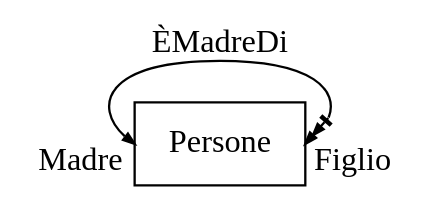
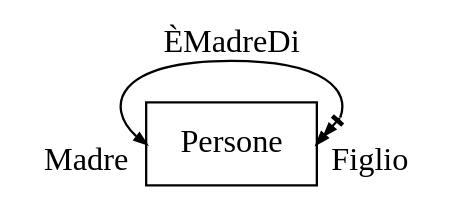
Before and after one commit to alek3y/cs: the seventh of 17 diagrams in src/ct0006-1/01/README.md, drawn with Graphviz. The commit also changed other lines of this file and 12 other files, not shown here.

Commit message:
Fix graphviz point width bug

````diff
--- a/src/ct0006-1/01/README.md
+++ b/src/ct0006-1/01/README.md
@@ -104,15 +104,15 @@
 ```dot process
 digraph {
 	rankdir=LR
 	node [shape=box]
 	edge [arrowsize=0.5 dir=both]
 
 	Persone:w -> Persone:e [
 		label="ÈMadreDi"
-		headlabel="Figlio"
-		taillabel="Madre"
+		headlabel=" Figlio"
+		taillabel="Madre "
 		arrowhead=normalnormalnonetee
 		arrowtail=normal
 	]
 }
 ```
````
